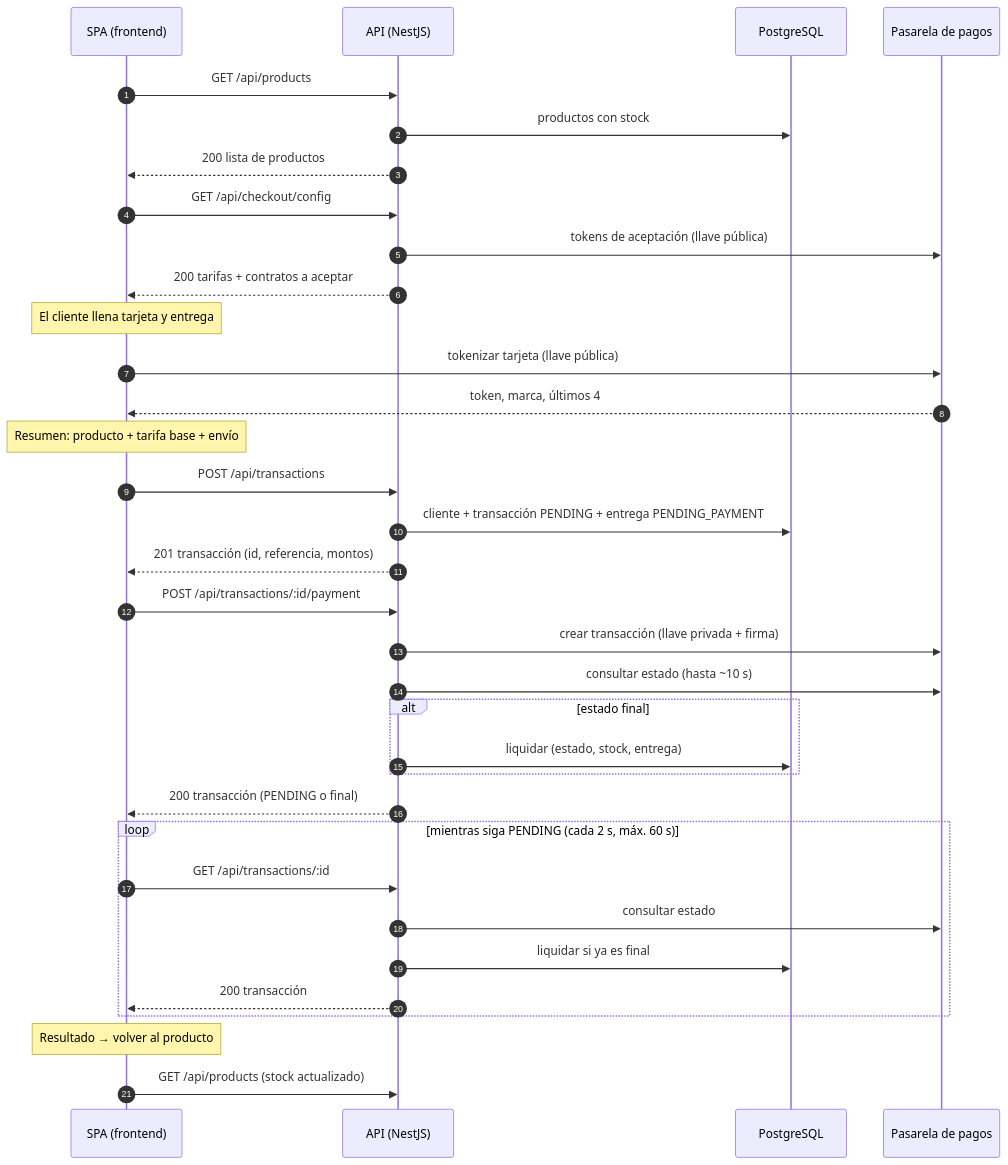
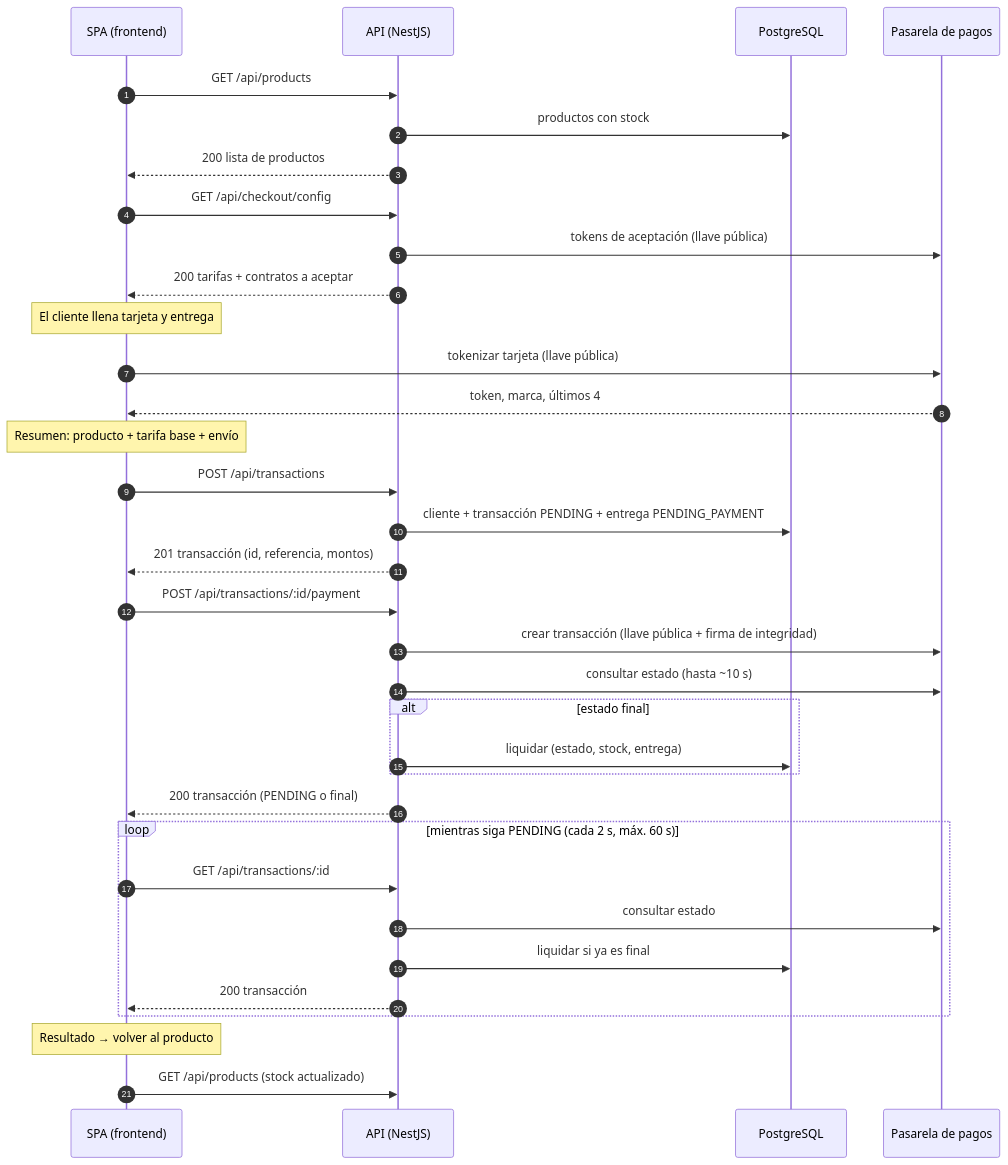
The first of 3 diagrams in backend/docs/api/contrato-api.md (Manuelortegaj11/checkout-app), drawn with Mermaid before and after one commit.

Commit message:
docs(backend): corregir la credencial del cobro en el flujo de la API
El diagrama decía que el cobro se crea con la llave privada. Está
verificado en el Sandbox que se crea con la llave pública y la firma de
integridad; el resto del contrato ya lo explicaba así.

````diff
--- a/backend/docs/api/contrato-api.md
+++ b/backend/docs/api/contrato-api.md
@@ -7,43 +7,43 @@
 ```mermaid
 sequenceDiagram
     autonumber
     participant SPA as SPA (frontend)
     participant API as API (NestJS)
     participant DB as PostgreSQL
     participant PG as Pasarela de pagos
 
     SPA->>API: GET /api/products
     API->>DB: productos con stock
     API-->>SPA: 200 lista de productos
 
     SPA->>API: GET /api/checkout/config
     API->>PG: tokens de aceptación (llave pública)
     API-->>SPA: 200 tarifas + contratos a aceptar
 
     Note over SPA: El cliente llena tarjeta y entrega
     SPA->>PG: tokenizar tarjeta (llave pública)
     PG-->>SPA: token, marca, últimos 4
 
     Note over SPA: Resumen: producto + tarifa base + envío
     SPA->>API: POST /api/transactions
     API->>DB: cliente + transacción PENDING + entrega PENDING_PAYMENT
     API-->>SPA: 201 transacción (id, referencia, montos)
 
     SPA->>API: POST /api/transactions/:id/payment
-    API->>PG: crear transacción (llave privada + firma)
+    API->>PG: crear transacción (llave pública + firma de integridad)
     API->>PG: consultar estado (hasta ~10 s)
     alt estado final
         API->>DB: liquidar (estado, stock, entrega)
     end
     API-->>SPA: 200 transacción (PENDING o final)
 
     loop mientras siga PENDING (cada 2 s, máx. 60 s)
         SPA->>API: GET /api/transactions/:id
         API->>PG: consultar estado
         API->>DB: liquidar si ya es final
         API-->>SPA: 200 transacción
     end
 
     Note over SPA: Resultado → volver al producto
     SPA->>API: GET /api/products (stock actualizado)
 ```
````
